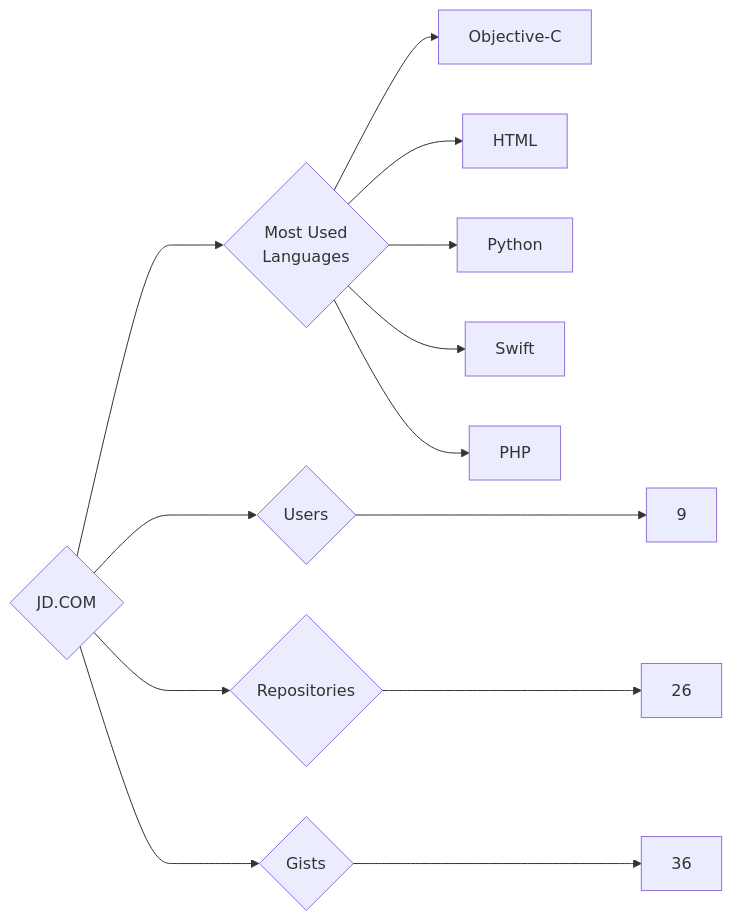
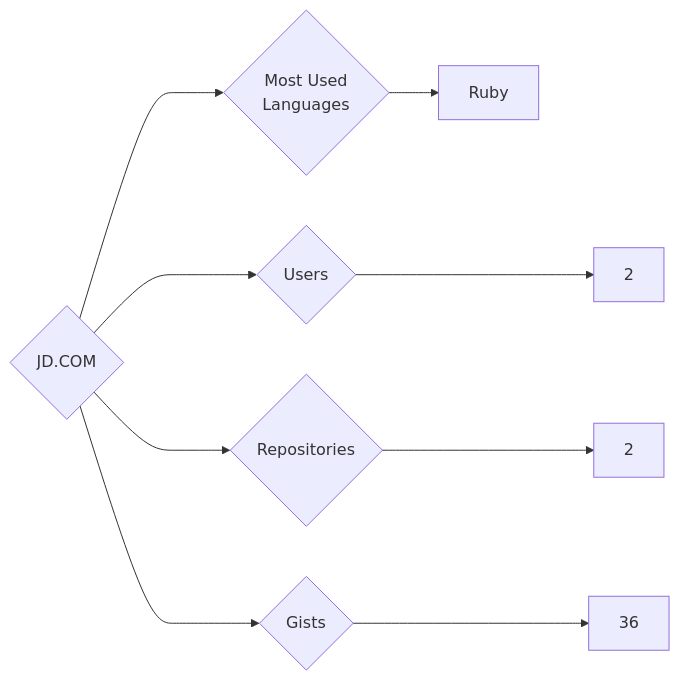
One commit to trickest/insiders changed the diagram in targets/JD.COM/README.md. Above: the diagram before and after it, drawn with Mermaid. The commit also changed 534 other files, not shown here.

````diff
--- a/targets/JD.COM/README.md
+++ b/targets/JD.COM/README.md
@@ -3,13 +3,9 @@
 ```mermaid
 graph LR
 COMPANY_NAME{JD.COM}
-COMPANY_NAME ---> U{Users} ---> UN[9]
-COMPANY_NAME ---> R{Repositories} ---> RN[26]
+COMPANY_NAME ---> U{Users} ---> UN[2]
+COMPANY_NAME ---> R{Repositories} ---> RN[2]
 COMPANY_NAME ---> G{Gists} ---> GN[36]
 COMPANY_NAME ---> ML{Most Used<br>Languages}
-ML --> Objective-C[Objective-C]
-ML --> HTML[HTML]
-ML --> Python[Python]
-ML --> Swift[Swift]
-ML --> PHP[PHP]
+ML --> Ruby[Ruby]
 ```
````
